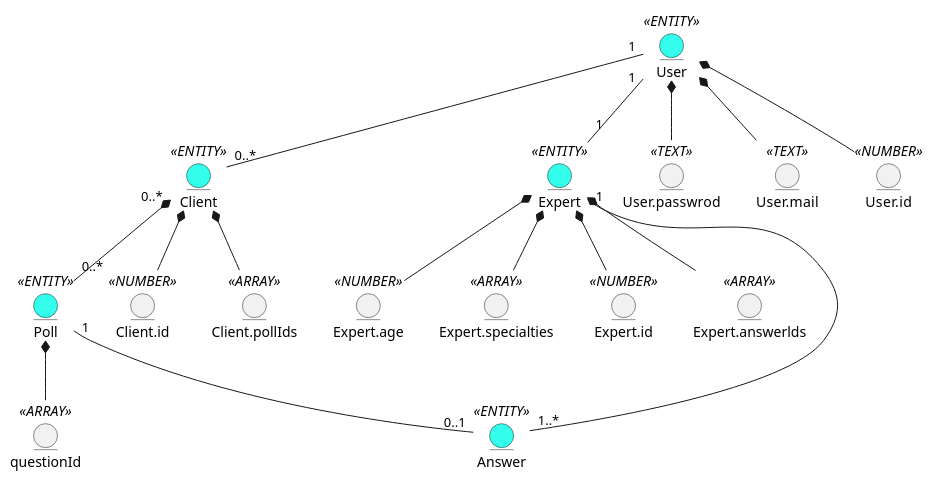
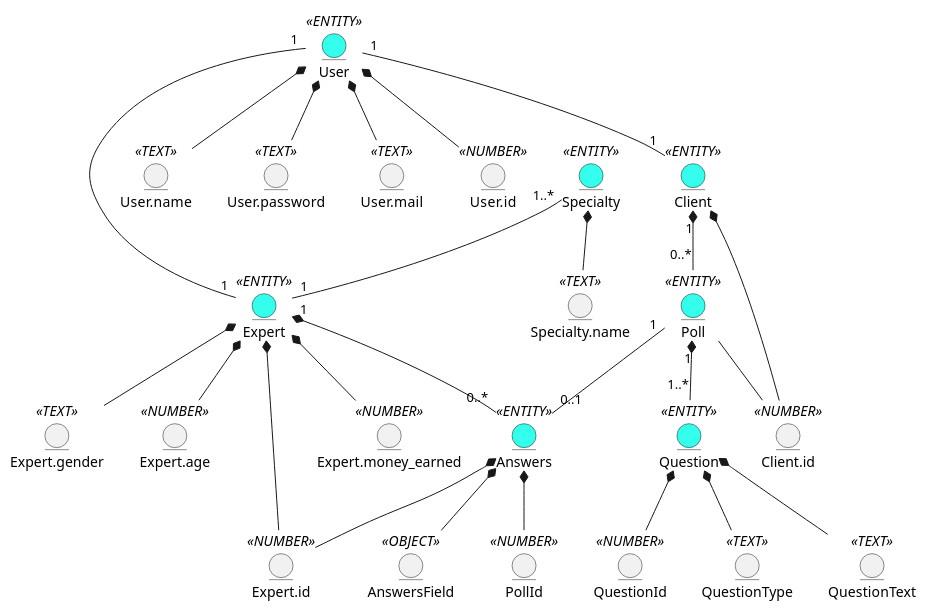
The diagram in docs/design/README.md (kujo205/db_labs), drawn with PlantUML before and after one commit.

Commit message:
fixed business model object development diagram (#39)

```diff
--- a/docs/design/README.md
+++ b/docs/design/README.md
@@ -7,41 +7,63 @@
 @startuml
 entity User <<ENTITY>> #33FFEC
-entity User.passwrod <<TEXT>>
+entity User.name <<TEXT>>
+entity User.password <<TEXT>>
 entity User.mail <<TEXT>>
 entity User.id <<NUMBER>>
 
 entity Expert <<ENTITY>> #33FFEC
+entity Expert.gender <<TEXT>>
 entity Expert.age <<NUMBER>>
-entity Expert.specialties <<ARRAY>>
 entity Expert.id <<NUMBER>>
-entity Expert.answerlds <<ARRAY>>
+entity Expert.money_earned <<NUMBER>>
+
+entity Specialty <<ENTITY>> #33FFEC
+entity Specialty.name <<TEXT>> 
 
 entity Client <<ENTITY>> #33FFEC
 entity Client.id <<NUMBER>>
-entity Client.pollIds <<ARRAY>>
 
-entity Answer <<ENTITY>> #33FFEC
+entity Answers <<ENTITY>> #33FFEC
+entity AnswersField <<OBJECT>>
+
+entity Question <<ENTITY>> #33FFEC
+entity QuestionId <<NUMBER>>
+entity QuestionType <<TEXT>>
+entity QuestionText <<TEXT>>
 
 entity Poll <<ENTITY>> #33FFEC
-entity questionId <<ARRAY>>
+entity PollId <<NUMBER>> 
 
-User "1" -- "0..*" Client
+User "1" -- "1" Client
 User "1" -- "1" Expert
-Expert "1" -- "1..*" Answer
-Poll "0..*" -u-* "0..*"Client
-Poll "1" -- "0..1" Answer
+
+Poll "0..*" -u-* "1" Client
+Poll "1" -- "0..1" Answers
+Poll  -- Client.id
+
+Question "1..*" -u-* "1" Poll
+QuestionId -u-* Question
+QuestionType -u-* Question 
+QuestionText -u-* Question 
+
+Specialty.name -u-* Specialty
 
 Expert.age -u-* Expert
-Expert.specialties -u-* Expert
 Expert.id -u-* Expert
-Expert.answerlds -u-* Expert
+Expert.gender -u-* Expert
+Expert.money_earned -u-* Expert
+Specialty "1..*" -- "1" Expert
+
+PollId -u-* Answers
+AnswersField -u-* Answers
+Expert.id -u-* Answers
+Answers "0..*" -u-* "1" Expert
 
 Client.id -u-* Client
-Client.pollIds -u-* Client
 
-User.passwrod -u-* User
+User.name -u-* User 
+User.password -u-* User
 User.mail -u-* User
 User.id -u-* User
 
-questionId -u-* Poll
 @enduml
```
